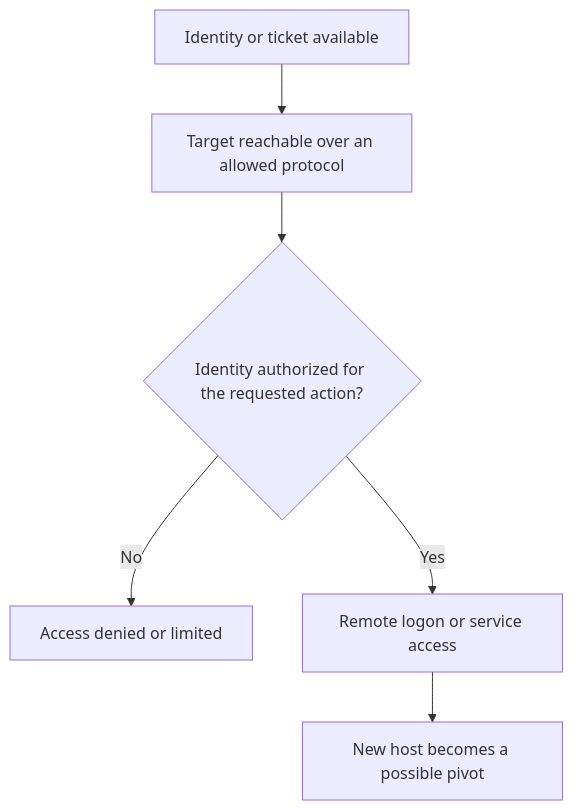
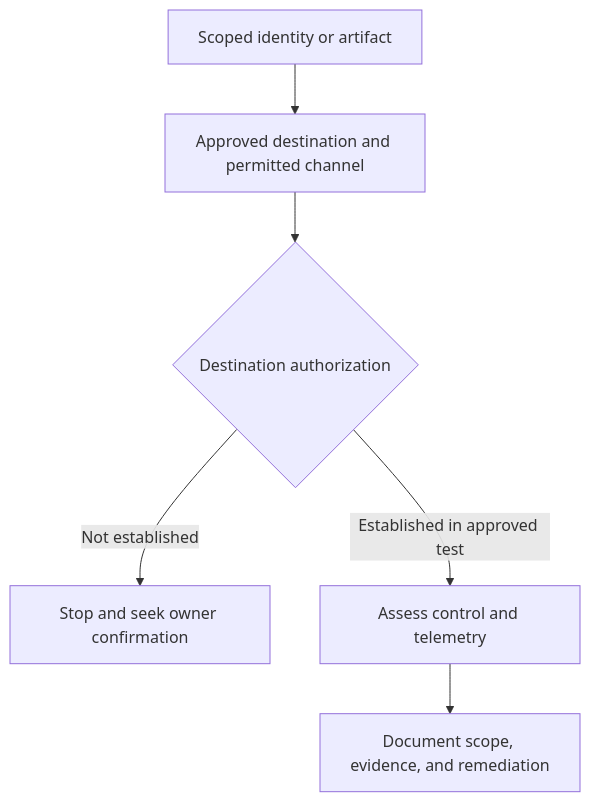
One commit to alham-rizvi/FindMyAttackPath changed the diagram in docs/phases/lateral.md. Above: the diagram before and after it, drawn with Mermaid. The commit also changed other lines of this file and 20 other files, not shown here.

````diff
--- a/docs/phases/lateral.md
+++ b/docs/phases/lateral.md
@@ -10,8 +15,8 @@
 ```mermaid
 flowchart TD
-  A[Identity or ticket available] --> B[Target reachable over an allowed protocol]
-  B --> C{Identity authorized for the requested action?}
-  C -->|No| D[Access denied or limited]
-  C -->|Yes| E[Remote logon or service access]
-  E --> F[New host becomes a possible pivot]
+  A[Scoped identity or artifact] --> B[Approved destination and permitted channel]
+  B --> C{Destination authorization}
+  C -->|Not established| D[Stop and seek owner confirmation]
+  C -->|Established in approved test| E[Assess control and telemetry]
+  E --> F[Document scope, evidence, and remediation]
 ```
````
